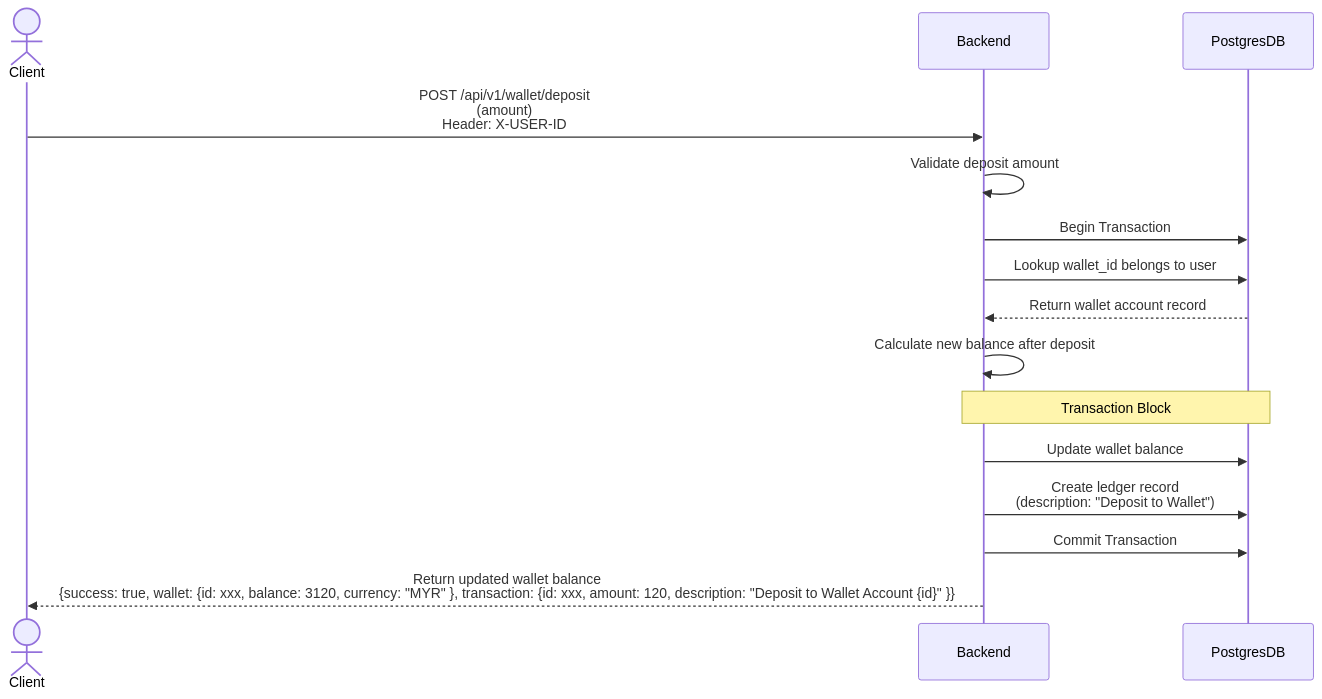
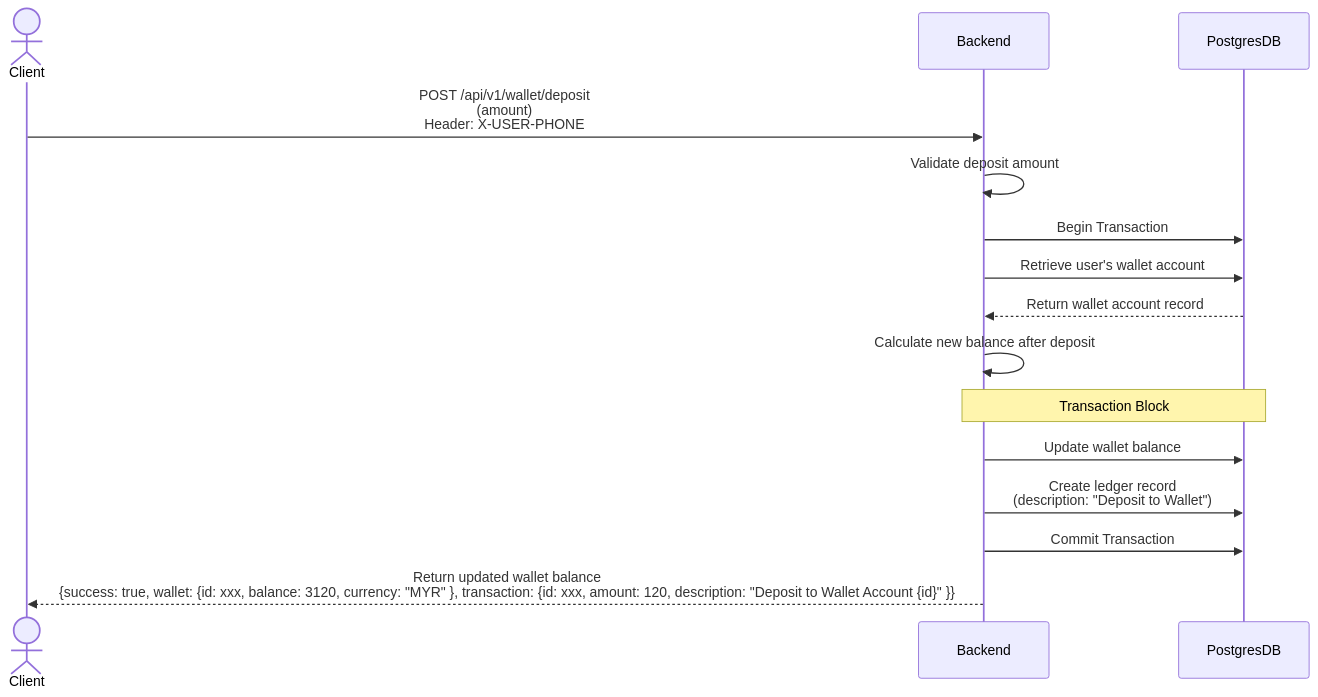
One commit to leeliwei930/walletassignment changed the first of 2 diagrams in docs/scenarios/deposit_money.md. Above: the diagram before and after it, drawn with Mermaid. The commit also changed 6 other files, not shown here.

Commit message:
Update authentication method in README and scenarios to use X-PHONE-NUMBER header; add OpenAPI documentation for wallet API endpoints and scenarios for deposit, withdrawal, and transfer operations.

````diff
--- a/docs/scenarios/deposit_money.md
+++ b/docs/scenarios/deposit_money.md
@@ -4,18 +4,18 @@
 ```mermaid
 sequenceDiagram
     actor Client
     participant Backend
     participant PostgresDB
 
-    Client->>Backend: POST /api/v1/wallet/deposit<br/>(amount)<br/>Header: X-USER-ID
+    Client->>Backend: POST /api/v1/wallet/deposit<br/>(amount)<br/>Header: X-USER-PHONE
     Backend->>Backend: Validate deposit amount
     Backend->>PostgresDB: Begin Transaction
-    Backend->>PostgresDB: Lookup  wallet_id belongs to user
+    Backend->>PostgresDB: Retrieve user's wallet account
     PostgresDB-->>Backend: Return wallet account record
     Backend->>Backend: Calculate new balance after deposit
     Note over Backend,PostgresDB: Transaction Block
     Backend->>PostgresDB: Update wallet balance
     Backend->>PostgresDB: Create ledger record<br/>(description: "Deposit to Wallet")
     Backend->>PostgresDB: Commit Transaction
     Backend-->>Client: Return updated wallet balance<br/>{success: true, wallet: {id: xxx, balance: 3120, currency: "MYR" }, transaction: {id: xxx, amount: 120, description: "Deposit to Wallet Account {id}" }}
 ```
````
